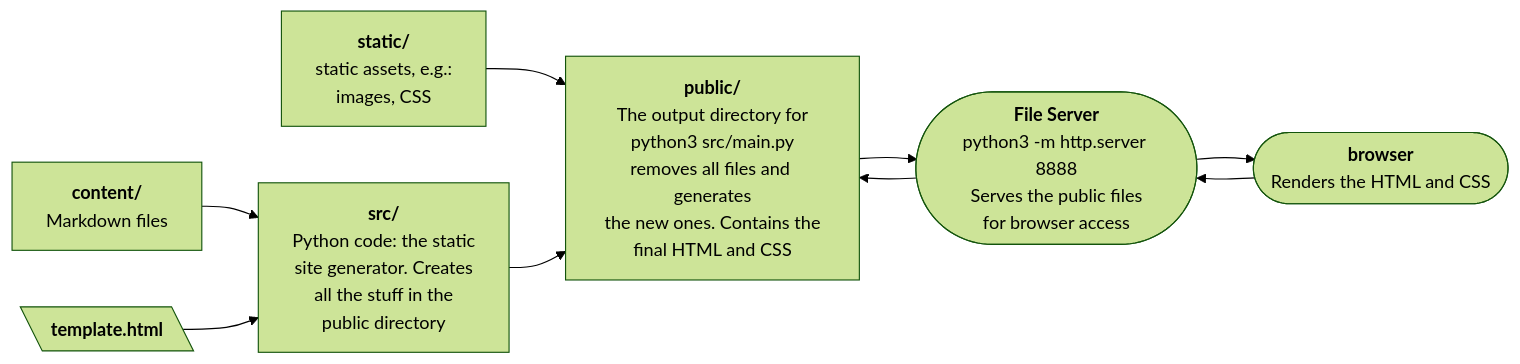
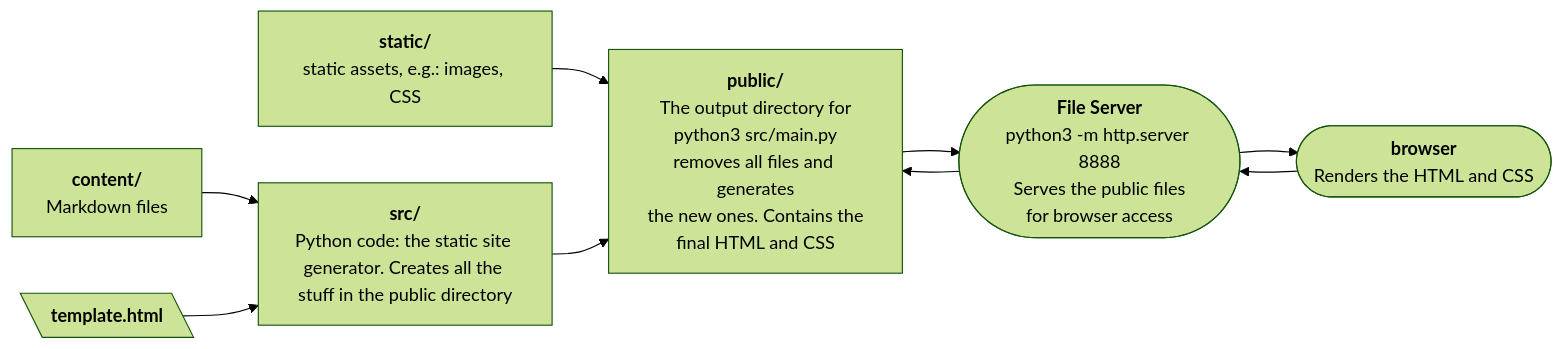
The diagram in README.md (mshagirov/static-site-py), drawn with Mermaid (forest theme) before and after one commit.

Commit message:
readme edited

````diff
--- a/README.md
+++ b/README.md
@@ -4,42 +4,38 @@
 ```mermaid
 %%{init: {"flowchart": {"htmlLabels": false}} }%%
 flowchart LR
     static["`**static/**
-static assets, e.g.:
-images, CSS`"]
+static assets, e.g.: images, CSS`"]
     
     src["`**src/**
-Python code: the static
-site generator. Creates
-all the stuff in the
-public directory`"]
+Python code: the static site generator. Creates all the stuff in the public directory`"]
 
     content["`**content/**
 Markdown files`"]
 
     templatehtml[\"`**template.html**`"\]
     
     public["`**public/**
 The output directory for
 python3 src/main.py
 removes all files and generates
 the new ones. Contains the
 final HTML and CSS`"]
     
     fileserver(["`**File Server**
 python3 -m http.server 8888
 Serves the public files
 for browser access`"])
     browser(["`**browser**
 Renders the HTML and CSS`"])
 
 static --> public
 src --> public
 content --> src
 templatehtml --> src
 
 public --> fileserver
 fileserver --> public
 fileserver --> browser
 browser --> fileserver
 ```
````
